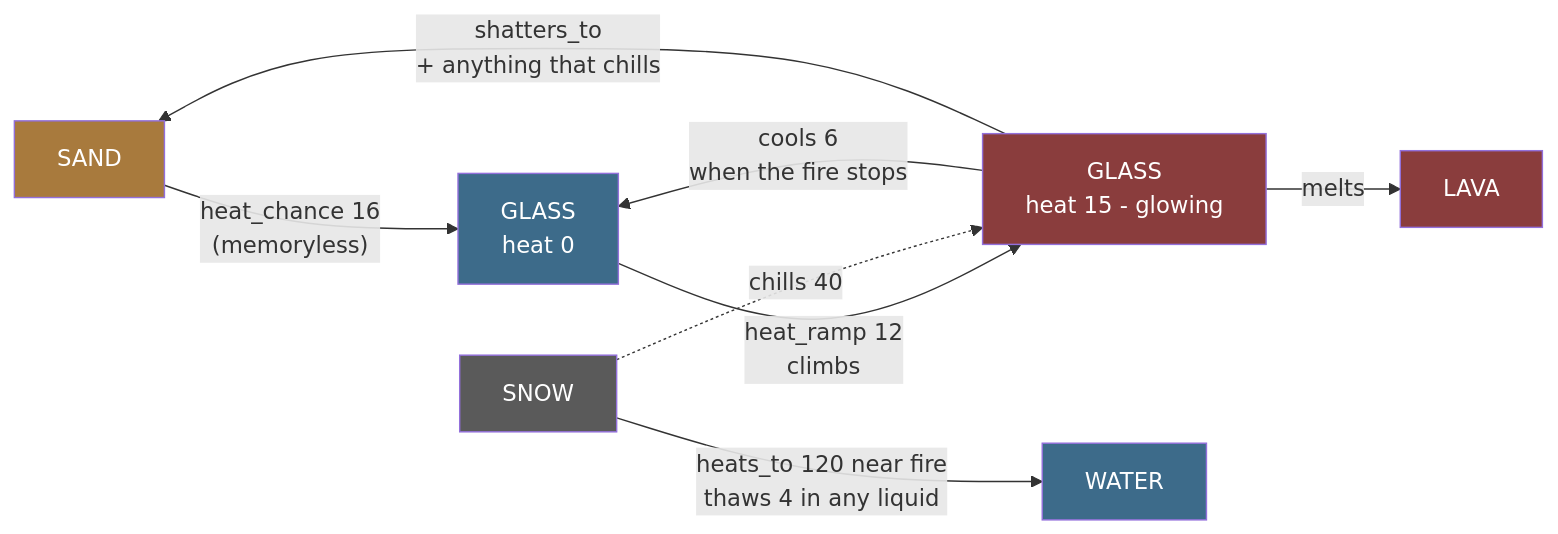
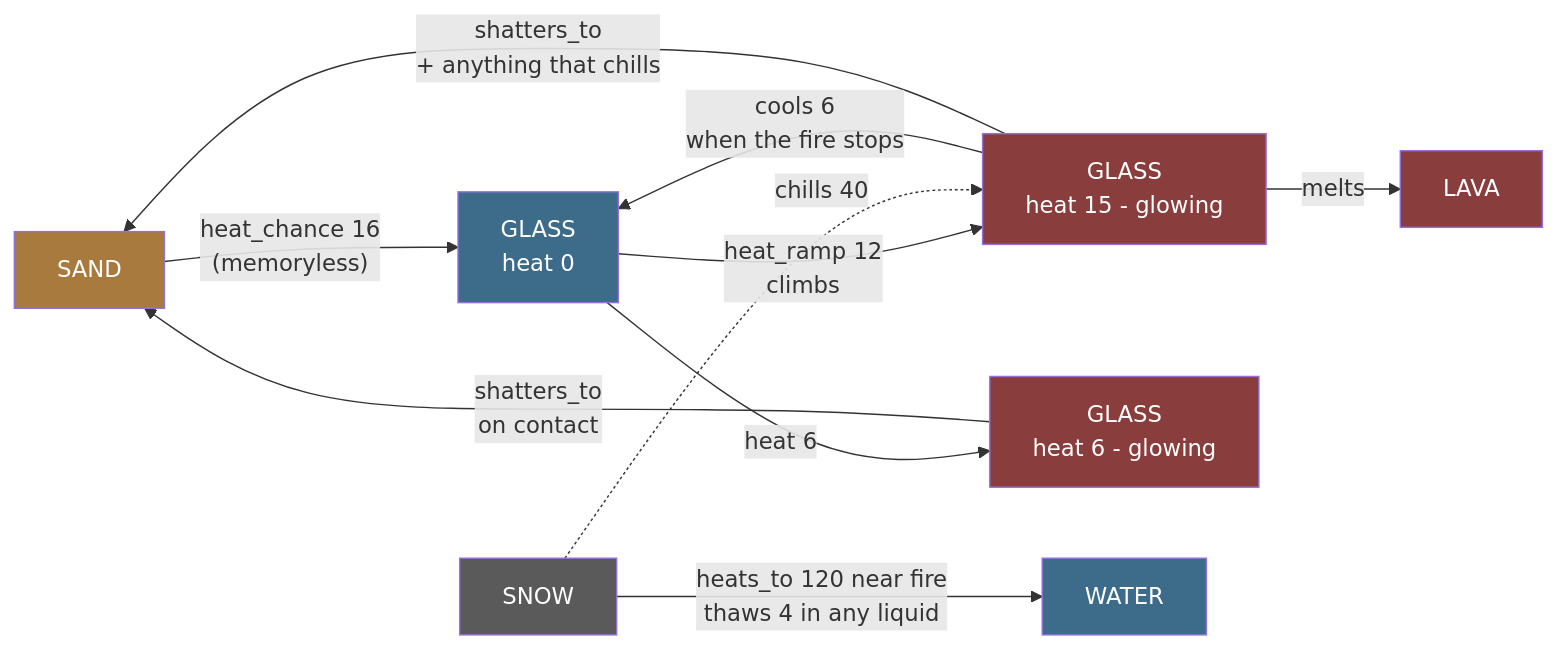
Before and after one commit to jose-villegas/esp32-c6-dev: the first of 5 diagrams in docs/Sand/Architecture.md, drawn with Mermaid. The commit also changed other lines of this file and 5 other files, not shown here.

````diff
--- a/docs/Sand/Architecture.md
+++ b/docs/Sand/Architecture.md
@@ -156,17 +184,20 @@
 ```mermaid
 graph LR
     Sand["SAND"] -->|"heat_chance 16<br/>(memoryless)"| Glass["GLASS<br/>heat 0"]
     Glass -->|"heat_ramp 12<br/>climbs"| Hot["GLASS<br/>heat 15 - glowing"]
     Hot -->|"cools 6<br/>when the fire stops"| Glass
     Hot -->|"melts"| Lava["LAVA"]
     Hot -->|"shatters_to<br/>+ anything that chills"| Sand
+    Warm["GLASS<br/>heat 6 - glowing"] -->|"shatters_to<br/>on contact"| Sand
+    Glass -->|"heat 6"| Warm
     Snow["SNOW"] -->|"heats_to 120 near fire<br/>thaws 4 in any liquid"| Water["WATER"]
     Snow -.->|"chills 40"| Hot
 
     style Sand fill:#a87a3d,color:#fff
     style Glass fill:#3d6b8a,color:#fff
     style Hot fill:#8a3d3d,color:#fff
     style Lava fill:#8a3d3d,color:#fff
+    style Warm fill:#8a3d3d,color:#fff
     style Snow fill:#5a5a5a,color:#fff
     style Water fill:#3d6b8a,color:#fff
 ```
````
